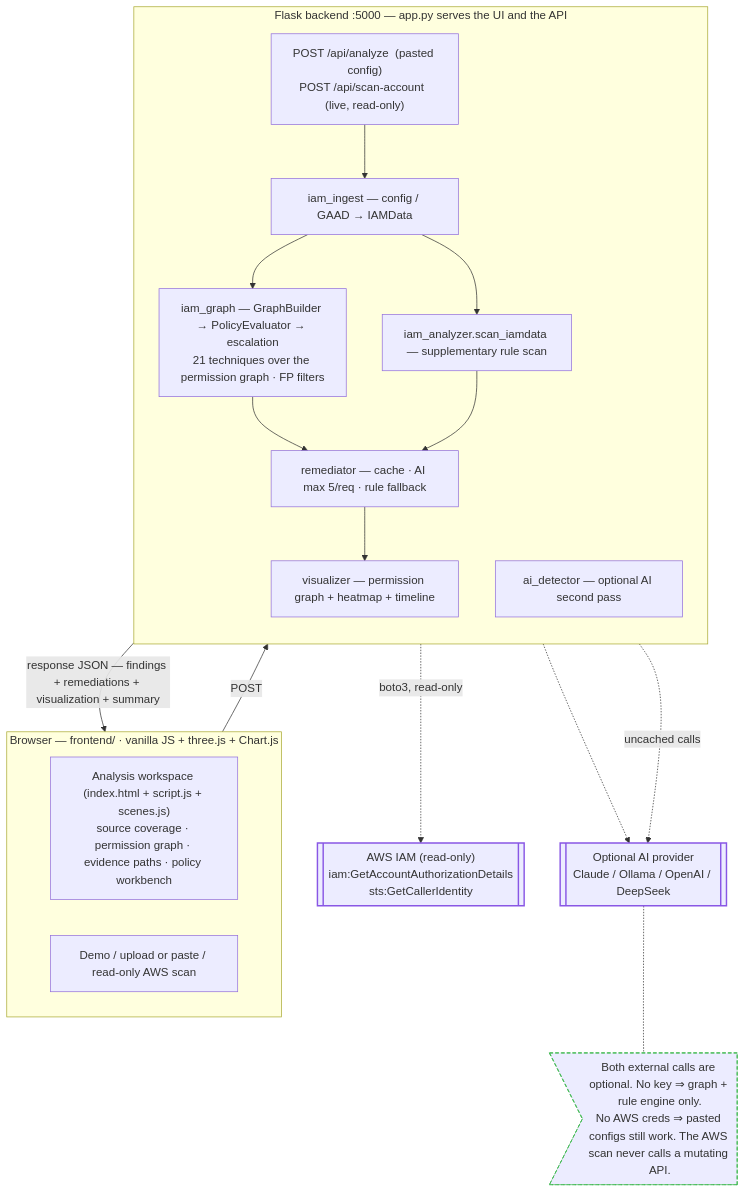
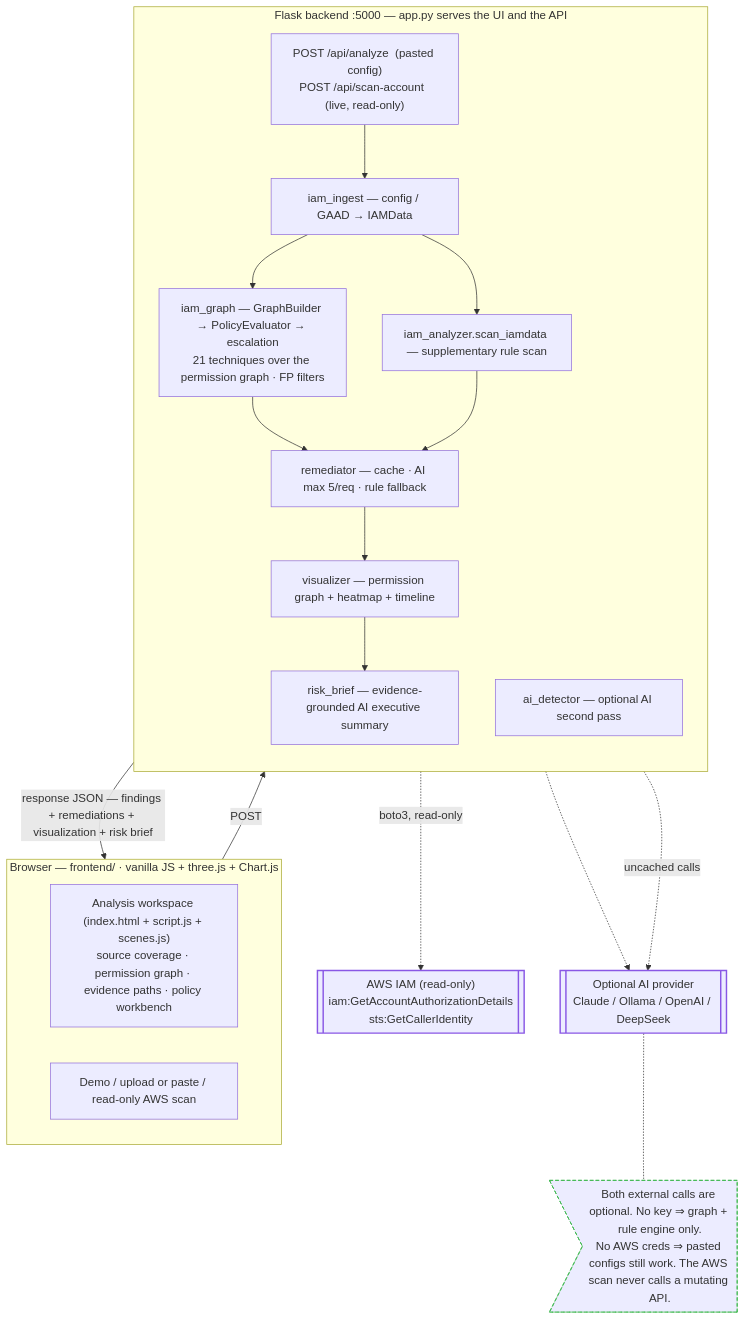
The diagram in README.md (adnannazirahmed/Winnow-1.1), drawn with Mermaid before and after one commit. The commit also changed other lines of this file and 7 other files, not shown here.

Commit message:
Add evidence-grounded AI risk brief

````diff
--- a/README.md
+++ b/README.md
@@ -30,37 +30,38 @@
 ```mermaid
 flowchart TB
     subgraph browser["Browser — frontend/ · vanilla JS + three.js + Chart.js"]
         direction LR
         ui["Analysis workspace (index.html + script.js + scenes.js)<br/>source coverage · permission graph · evidence paths · policy workbench"]
         sources["Demo / upload or paste / read-only AWS scan"]
     end
 
     subgraph backend["Flask backend :5000 — app.py serves the UI and the API"]
         direction TB
         api["POST /api/analyze  (pasted config)<br/>POST /api/scan-account  (live, read-only)"]
         ingest["iam_ingest — config / GAAD → IAMData"]
         grapheng["iam_graph — GraphBuilder → PolicyEvaluator → escalation<br/>21 techniques over the permission graph · FP filters"]
         rules["iam_analyzer.scan_iamdata — supplementary rule scan"]
         detector["ai_detector — optional AI second pass"]
         remediator["remediator — cache · AI max 5/req · rule fallback"]
+        brief["risk_brief — evidence-grounded AI executive summary"]
         visualizer["visualizer — permission graph + heatmap + timeline"]
-        api --> ingest --> grapheng --> remediator --> visualizer
+        api --> ingest --> grapheng --> remediator --> visualizer --> brief
         ingest --> rules --> remediator
     end
 
     aws[["AWS IAM (read-only)<br/>iam:GetAccountAuthorizationDetails<br/>sts:GetCallerIdentity"]]
     ai[["Optional AI provider<br/>Claude / Ollama / OpenAI / DeepSeek"]]
     note>"Both external calls are optional. No key ⇒ graph + rule engine only.<br/>No AWS creds ⇒ pasted configs still work. The AWS scan never calls a mutating API."]
 
     sources -->|"POST"| api
-    visualizer -->|"response JSON — findings + remediations + visualization + summary"| ui
+    brief -->|"response JSON — findings + remediations + visualization + risk brief"| ui
     api -.->|"boto3, read-only"| aws
     detector -.-> ai
     remediator -.->|"uncached calls"| ai
     ai -.- note
 
     classDef external stroke:#8957e5,stroke-width:2px
     classDef muted stroke:#3fb950,stroke-width:1px,stroke-dasharray:5 3
     class aws,ai external
     class note muted
 ```
````
